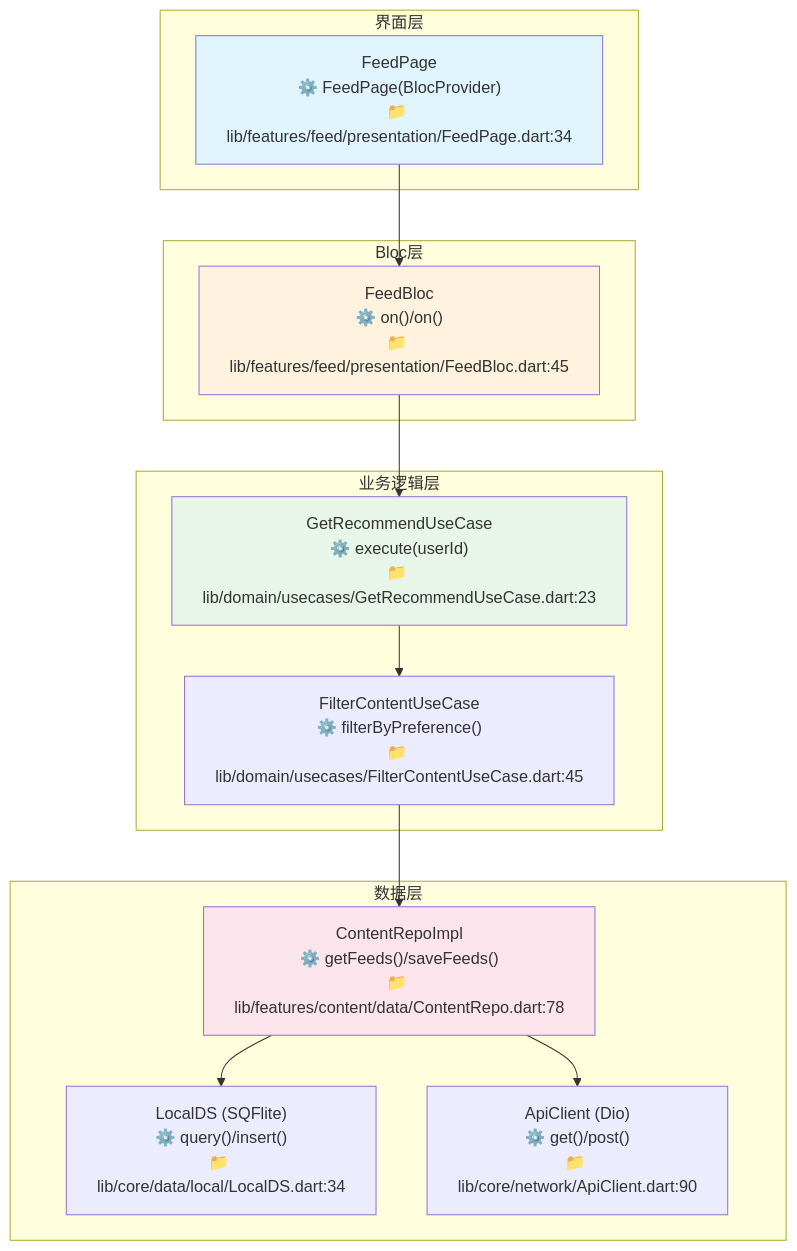
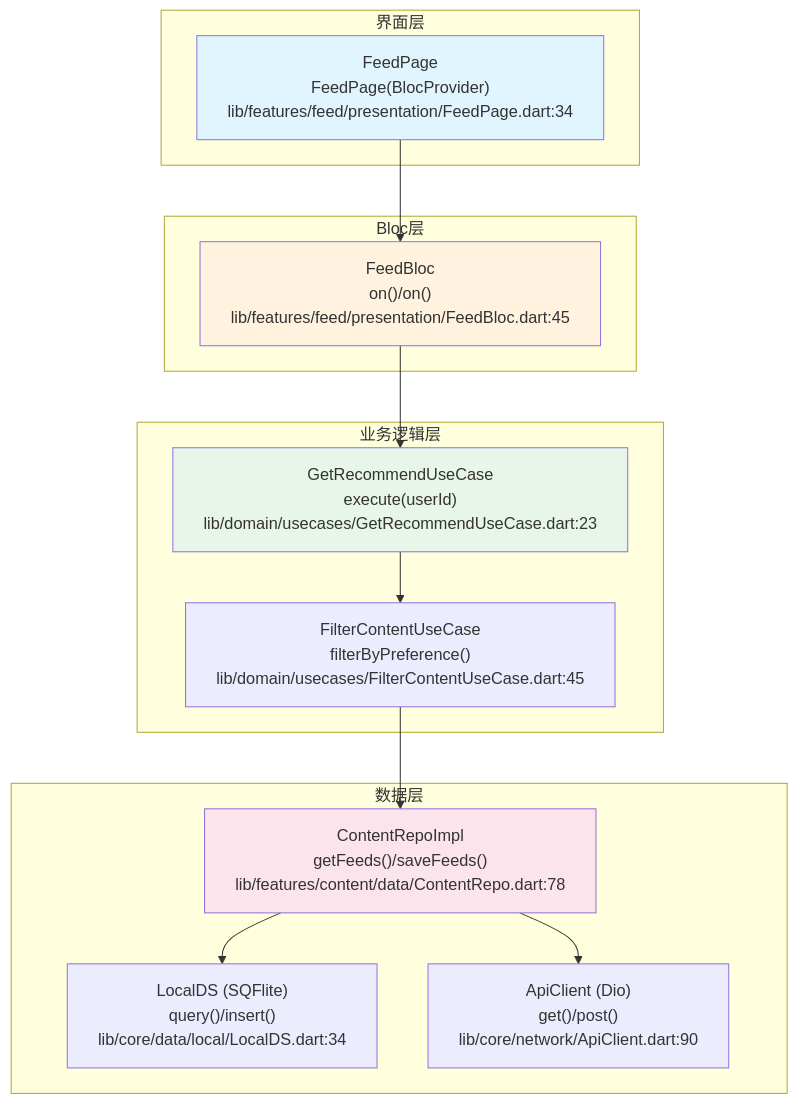
Before and after one commit to CaostGrace/project-arch-reverse: the fifth of 6 diagrams in references/flutter-template.md, drawn with Mermaid. The commit also changed other lines of this file and 10 other files, not shown here.

Commit message:
fix: 修复 12.1 流程图 Mermaid 渲染问题 - 结构重组+节点引号+形状修复

````diff
--- a/references/flutter-template.md
+++ b/references/flutter-template.md
@@ -408,33 +423,34 @@
 ```mermaid
 flowchart TB
     subgraph UI[界面层]
-        FEED_PAGE["FeedPage<br/>⚙️ FeedPage(BlocProvider)<br/>📁 lib/features/feed/presentation/FeedPage.dart:34"]
+        FEED_PAGE["FeedPage<br>FeedPage(BlocProvider)<br>lib/features/feed/presentation/FeedPage.dart:34"]
+    end
+    subgraph Bloc[Bloc层]
+        FEED_BLOC["FeedBloc<br>on<LoadFeeds>()/on<Refresh>()<br>lib/features/feed/presentation/FeedBloc.dart:45"]
+    end
+    subgraph UseCase[业务逻辑层]
+        GET_RECOMMEND["GetRecommendUseCase<br>execute(userId)<br>lib/domain/usecases/GetRecommendUseCase.dart:23"]
+        FILTER_CONTENT["FilterContentUseCase<br>filterByPreference()<br>lib/domain/usecases/FilterContentUseCase.dart:45"]
+    end
+    subgraph Data[数据层]
+        REPO["ContentRepoImpl<br>getFeeds()/saveFeeds()<br>lib/features/content/data/ContentRepo.dart:78"]
+        LOCAL_DS["LocalDS (SQFlite)<br>query()/insert()<br>lib/core/data/local/LocalDS.dart:34"]
+        REMOTE_DS["ApiClient (Dio)<br>get()/post()<br>lib/core/network/ApiClient.dart:90"]
     end
 
-    subgraph Bloc[Bloc层]
-        FEED_BLOC["FeedBloc<br/>⚙️ on<LoadFeeds>()/on<Refresh>()<br/>📁 lib/features/feed/presentation/FeedBloc.dart:45"]
-    end
 
-    subgraph UseCase[业务逻辑层]
-        GET_RECOMMEND["GetRecommendUseCase<br/>⚙️ execute(userId)<br/>📁 lib/domain/usecases/GetRecommendUseCase.dart:23"]
-        FILTER_CONTENT["FilterContentUseCase<br/>⚙️ filterByPreference()<br/>📁 lib/domain/usecases/FilterContentUseCase.dart:45"]
-    end
 
-    subgraph Data[数据层]
-        REPO["ContentRepoImpl<br/>⚙️ getFeeds()/saveFeeds()<br/>📁 lib/features/content/data/ContentRepo.dart:78"]
-        LOCAL_DS["LocalDS (SQFlite)<br/>⚙️ query()/insert()<br/>📁 lib/core/data/local/LocalDS.dart:34"]
-        REMOTE_DS["ApiClient (Dio)<br/>⚙️ get()/post()<br/>📁 lib/core/network/ApiClient.dart:90"]
-    end
 
-    FEED_PAGE --> FEED_BLOC
-    FEED_BLOC --> GET_RECOMMEND
-    GET_RECOMMEND --> FILTER_CONTENT
-    FILTER_CONTENT --> REPO
-    REPO --> LOCAL_DS
-    REPO --> REMOTE_DS
 
-    style FEED_PAGE fill:#e1f5fe
-    style FEED_BLOC fill:#fff3e0
-    style GET_RECOMMEND fill:#e8f5e9
-    style REPO fill:#fce4ec
+FEED_PAGE --> FEED_BLOC
+FEED_BLOC --> GET_RECOMMEND
+GET_RECOMMEND --> FILTER_CONTENT
+FILTER_CONTENT --> REPO
+REPO --> LOCAL_DS
+REPO --> REMOTE_DS
+
+style FEED_PAGE fill:#e1f5fe
+style FEED_BLOC fill:#fff3e0
+style GET_RECOMMEND fill:#e8f5e9
+style REPO fill:#fce4ec
 ```
````
